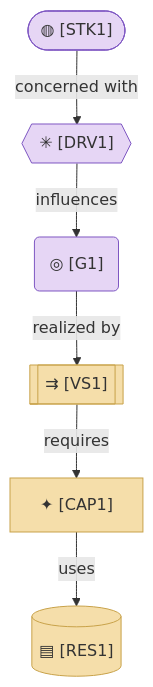
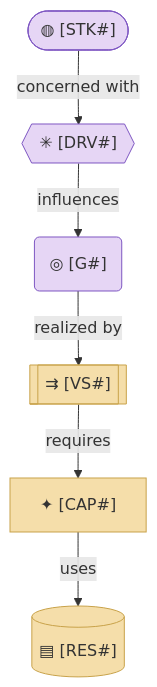
Before and after one commit to roanboc/archreator: the diagram in plugins/archreator/scaffold/architecture/1_strategy/README.md, drawn with Mermaid. The commit also changed 9 other files, not shown here.

````diff
--- a/plugins/archreator/scaffold/architecture/1_strategy/README.md
+++ b/plugins/archreator/scaffold/architecture/1_strategy/README.md
@@ -56,19 +56,19 @@
 ```mermaid
 flowchart TB
-  stakeholder(["◍ <Who cares> [STK1]"]):::motivation
-  driver{{"✳ <What pressures them> [DRV1]"}}:::motivation
-  goal("◎ <What must become true> [G1]"):::motivation
+  stakeholder(["◍ <Who cares> [STK#]"]):::motivation
+  driver{{"✳ <What pressures them> [DRV#]"}}:::motivation
+  goal("◎ <What must become true> [G#]"):::motivation
 
-  vs[["⇉ <Stage 1 → Stage 2 → …> [VS1]"]]:::strategy
-  cap["✦ <What we must be able to do> [CAP1]"]:::strategy
-  res[("▤ <What it's built with> [RES1]")]:::strategy
+  vs[["⇉ <Stage 1 → Stage 2 → …> [VS#]"]]:::strategy
+  cap["✦ <What we must be able to do> [CAP#]"]:::strategy
+  res[("▤ <What it's built with> [RES#]")]:::strategy
 
   stakeholder -->|concerned with| driver
   driver -->|influences| goal
   goal -->|realized by| vs
   vs -->|requires| cap
   cap -->|uses| res
 
   classDef motivation fill:#e6d6f5,stroke:#7e57c2,color:#333
   classDef strategy fill:#f5deaa,stroke:#c8a24a,color:#333
 ```
````
